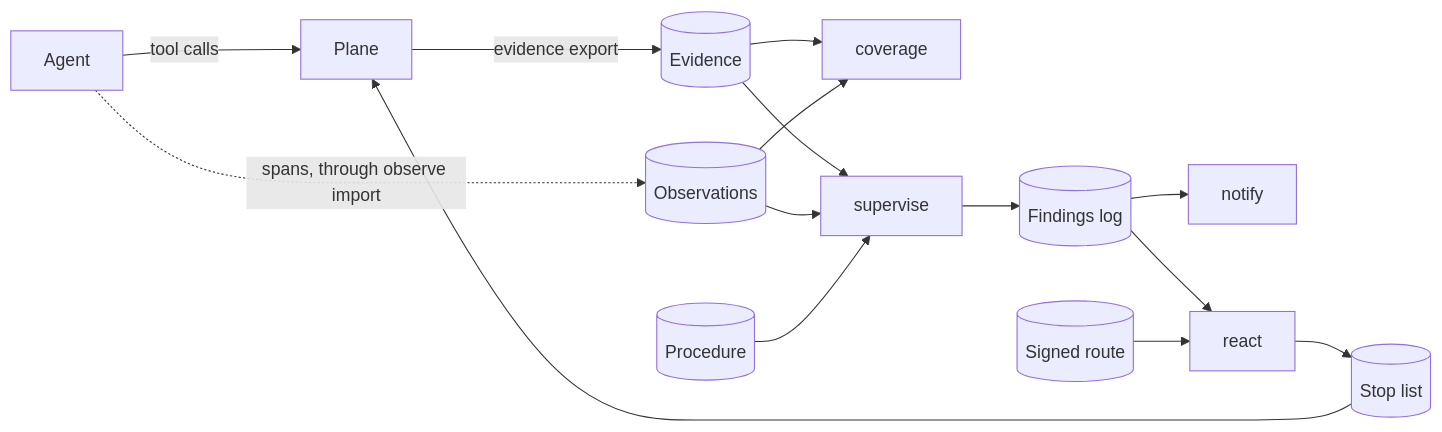
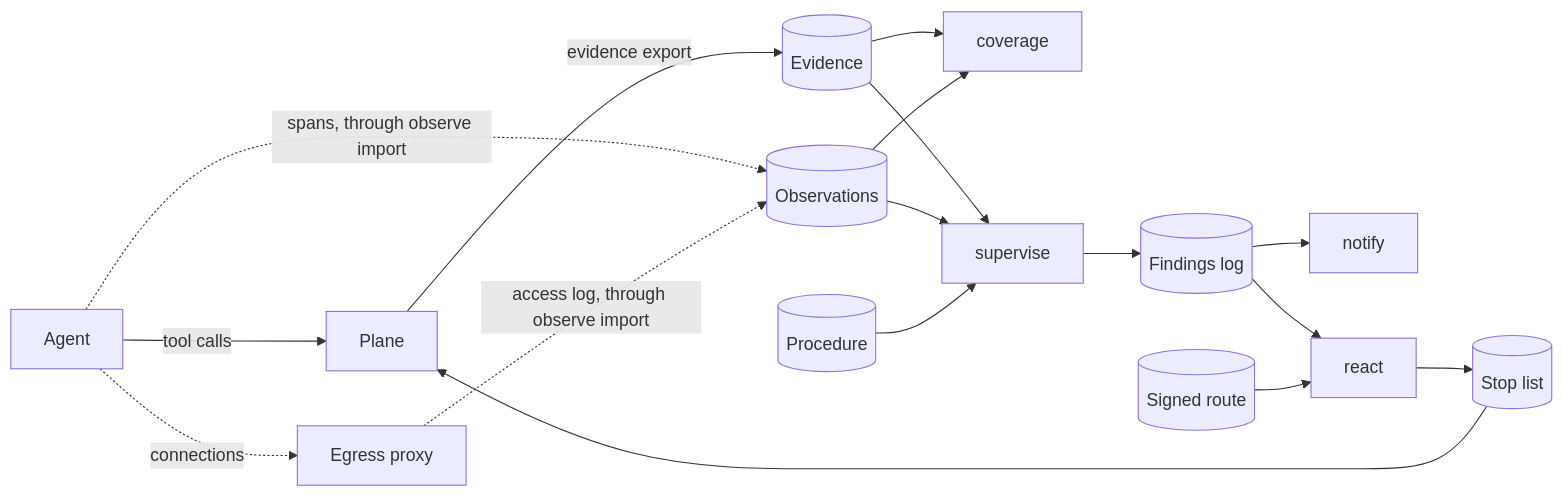
Before and after one commit to guardana/control: the diagram in docs/concepts/observations-coverage-and-supervision.md, drawn with Mermaid. The commit also changed other lines of this file and 157 other files, not shown here.

First line of the commit message:
docs: record and document the egress access-log sensor

````diff
--- a/docs/concepts/observations-coverage-and-supervision.md
+++ b/docs/concepts/observations-coverage-and-supervision.md
@@ -25,19 +25,21 @@
 ```mermaid
 flowchart LR
     accTitle: How the four parts fit together
-    accDescr: An agent's calls pass a plane, which writes evidence; the agent's runtime reports spans, which observe import keeps as observations. coverage reads the evidence and the observations and maps each declared path. supervise reads them with the procedure and writes findings. notify hands alerts to a program; react reads findings with a signed route and writes the stop list, which the plane reads.
+    accDescr: An agent's calls pass a plane, which writes evidence; the agent's runtime reports spans, and an egress proxy logs its connections, which observe import keeps as observations. coverage reads the evidence and the observations and maps each declared path. supervise reads them with the procedure and writes findings. notify hands alerts to a program; react reads findings with a signed route and writes the stop list, which the plane reads.
     AG[Agent] -->|tool calls| PL[Plane]
     PL -->|evidence export| EV[(Evidence)]
     AG -.->|spans, through observe import| OL[(Observations)]
+    AG -.->|connections| PX[Egress proxy]
+    PX -.->|access log, through observe import| OL
     EV --> CO[coverage]
     OL --> CO
     EV --> SV[supervise]
     OL --> SV
     PR[(Procedure)] --> SV
     SV --> FL[(Findings log)]
     FL --> NO[notify]
     FL --> RE[react]
     RO[(Signed route)] --> RE
     RE --> SL[(Stop list)]
     SL --> PL
 ```
````
